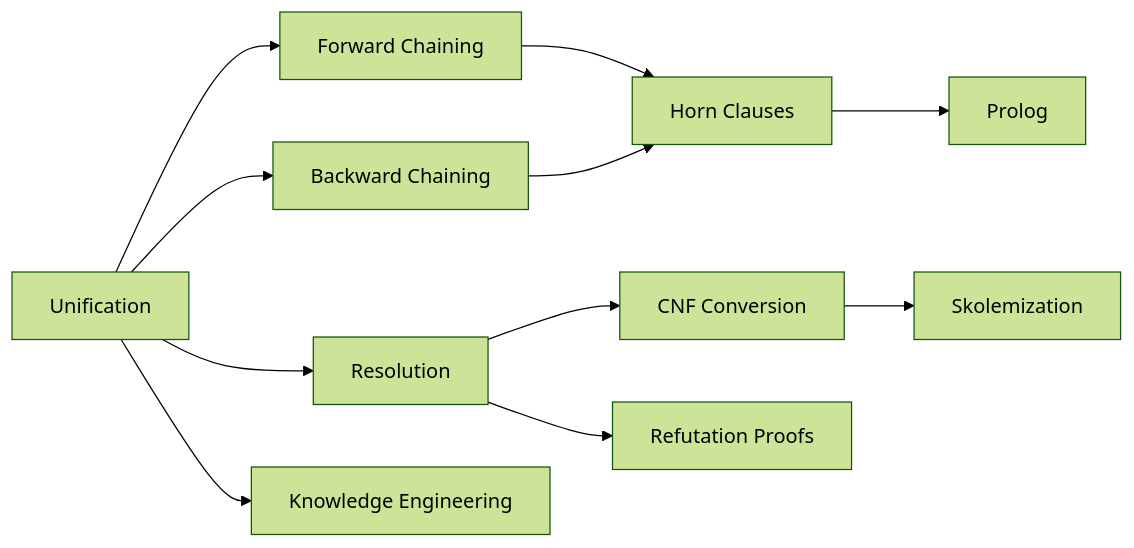
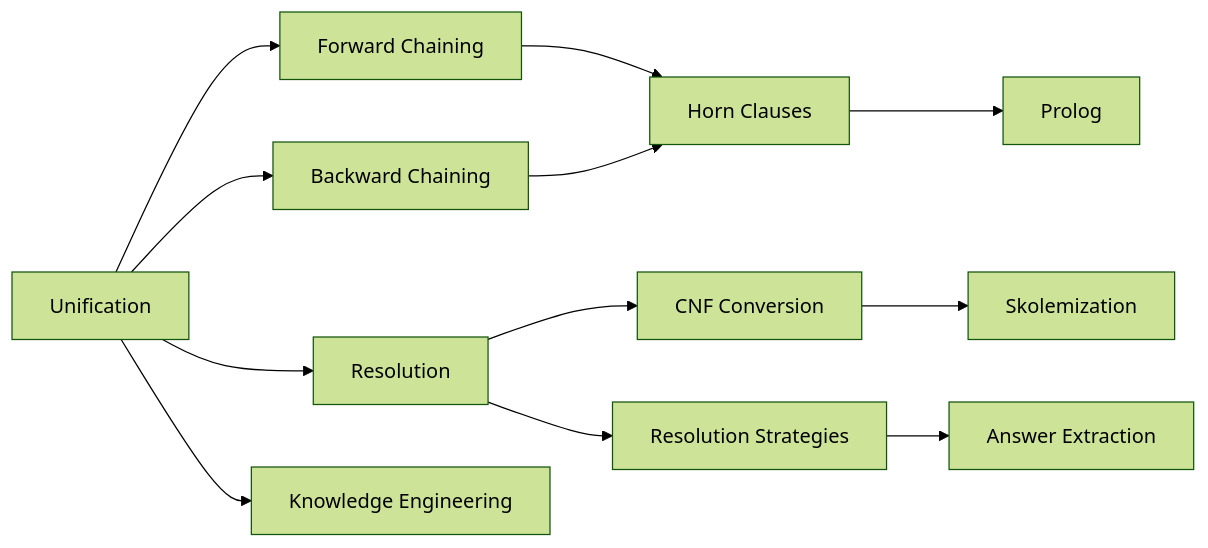
The diagram in docs/courses/artificial-intelligence/07-logical-reasoning.md (Raushan666java/ai-engineering-journey), drawn with Mermaid (forest theme) before and after one commit. The commit also changed other lines of this file and 26 other files, not shown here.

````diff
--- a/docs/courses/artificial-intelligence/07-logical-reasoning.md
+++ b/docs/courses/artificial-intelligence/07-logical-reasoning.md
@@ -23,13 +41,14 @@
 ```mermaid
 flowchart LR
     A[Unification] --> B[Forward Chaining]
     A --> C[Backward Chaining]
     B --> D[Horn Clauses]
     C --> D
     D --> E[Prolog]
     A --> F[Resolution]
     F --> G[CNF Conversion]
     G --> H[Skolemization]
-    F --> I[Refutation Proofs]
-    A --> J[Knowledge Engineering]
+    F --> I[Resolution Strategies]
+    I --> J[Answer Extraction]
+    A --> K[Knowledge Engineering]
 ```
````
